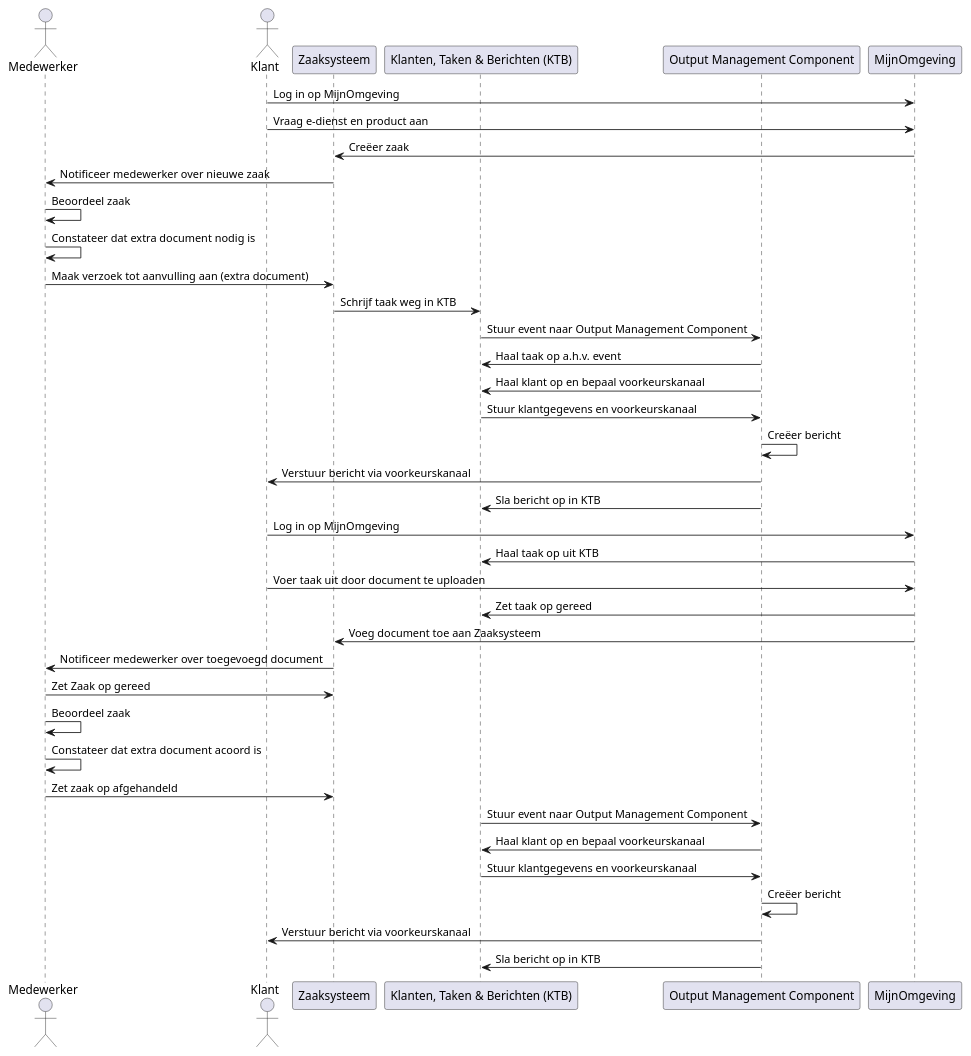
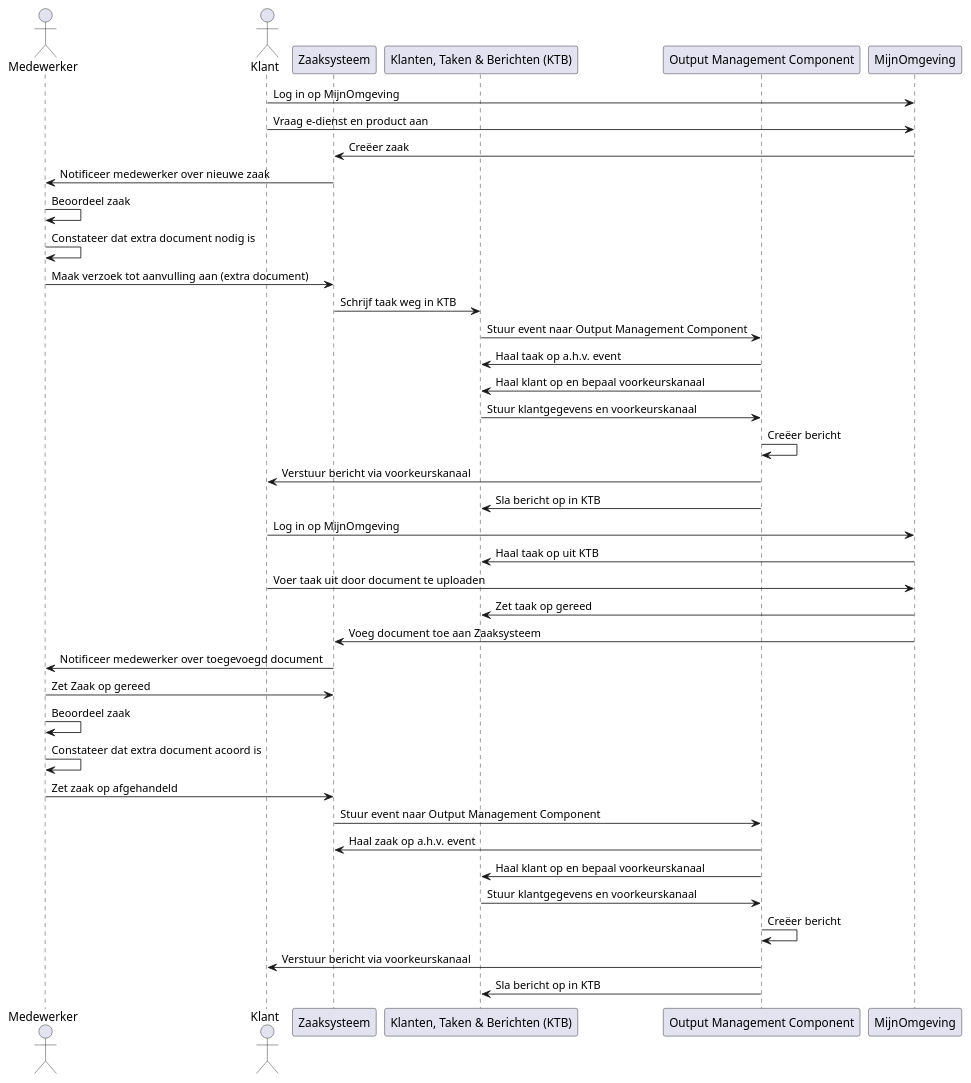
The diagram in docs/taak_uitgebreid.puml (CommonGateway/CustomerInteractionBundle), drawn with PlantUML before and after one commit.

Commit message:
Kleine fix

```diff
--- a/docs/taak_uitgebreid.puml
+++ b/docs/taak_uitgebreid.puml
@@ -1,44 +1,45 @@
 @startuml
 actor Medewerker
 actor Klant
 participant Zaaksysteem
 participant KTB as "Klanten, Taken & Berichten (KTB)"
 participant "Output Management Component"
 participant MijnOmgeving
 
 Klant -> MijnOmgeving: Log in op MijnOmgeving
 Klant -> MijnOmgeving: Vraag e-dienst en product aan
 MijnOmgeving -> Zaaksysteem: Creëer zaak
 Zaaksysteem -> Medewerker: Notificeer medewerker over nieuwe zaak
 Medewerker -> Medewerker: Beoordeel zaak
 Medewerker -> Medewerker: Constateer dat extra document nodig is
 
 Medewerker -> Zaaksysteem: Maak verzoek tot aanvulling aan (extra document)
 Zaaksysteem -> KTB: Schrijf taak weg in KTB
 KTB -> "Output Management Component": Stuur event naar Output Management Component
 "Output Management Component" -> KTB: Haal taak op a.h.v. event
 "Output Management Component" -> KTB: Haal klant op en bepaal voorkeurskanaal
 KTB -> "Output Management Component": Stuur klantgegevens en voorkeurskanaal
 "Output Management Component" -> "Output Management Component": Creëer bericht
 "Output Management Component" -> Klant: Verstuur bericht via voorkeurskanaal
 "Output Management Component" -> KTB: Sla bericht op in KTB
 
 Klant -> MijnOmgeving: Log in op MijnOmgeving
 MijnOmgeving -> KTB: Haal taak op uit KTB
 Klant -> MijnOmgeving: Voer taak uit door document te uploaden
 MijnOmgeving -> KTB: Zet taak op gereed
 MijnOmgeving -> Zaaksysteem: Voeg document toe aan Zaaksysteem
 
 
 Zaaksysteem -> Medewerker: Notificeer medewerker over toegevoegd document
 Medewerker -> Zaaksysteem: Zet Zaak op gereed
 Medewerker -> Medewerker: Beoordeel zaak
 Medewerker -> Medewerker: Constateer dat extra document acoord is
 Medewerker -> Zaaksysteem: Zet zaak op afgehandeld
-KTB -> "Output Management Component": Stuur event naar Output Management Component
+Zaaksysteem -> "Output Management Component": Stuur event naar Output Management Component
+"Output Management Component" -> Zaaksysteem: Haal zaak op a.h.v. event
 "Output Management Component" -> KTB: Haal klant op en bepaal voorkeurskanaal
 KTB -> "Output Management Component": Stuur klantgegevens en voorkeurskanaal
 "Output Management Component" -> "Output Management Component": Creëer bericht
 "Output Management Component" -> Klant: Verstuur bericht via voorkeurskanaal
 "Output Management Component" -> KTB: Sla bericht op in KTB
 @enduml
```
